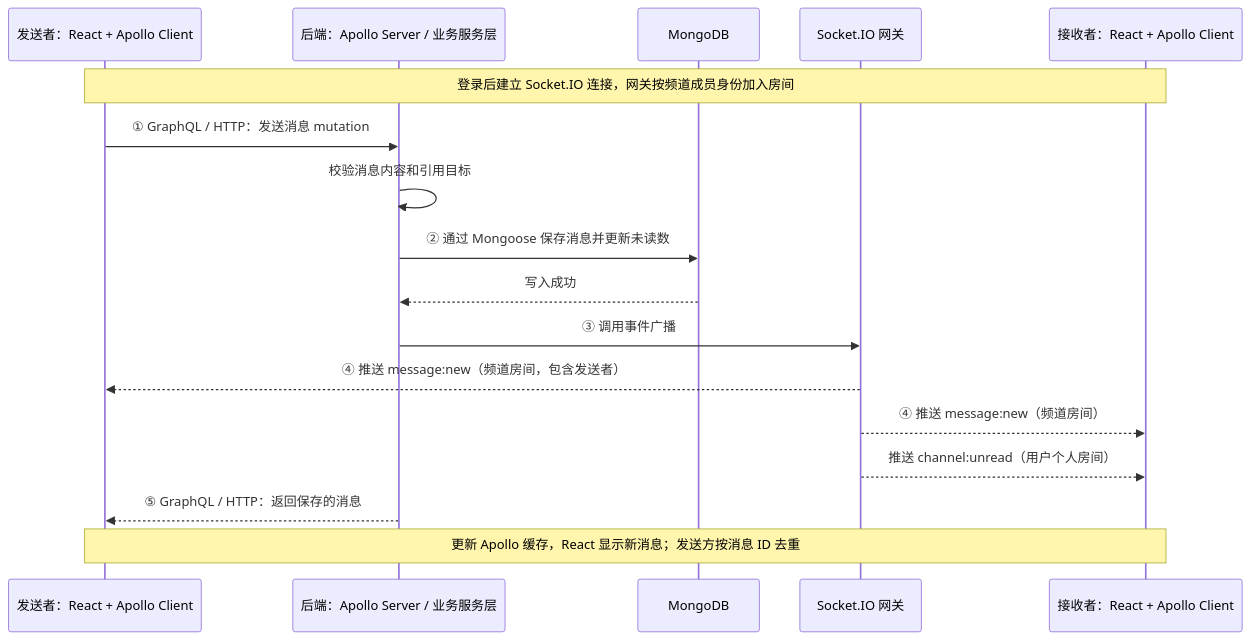
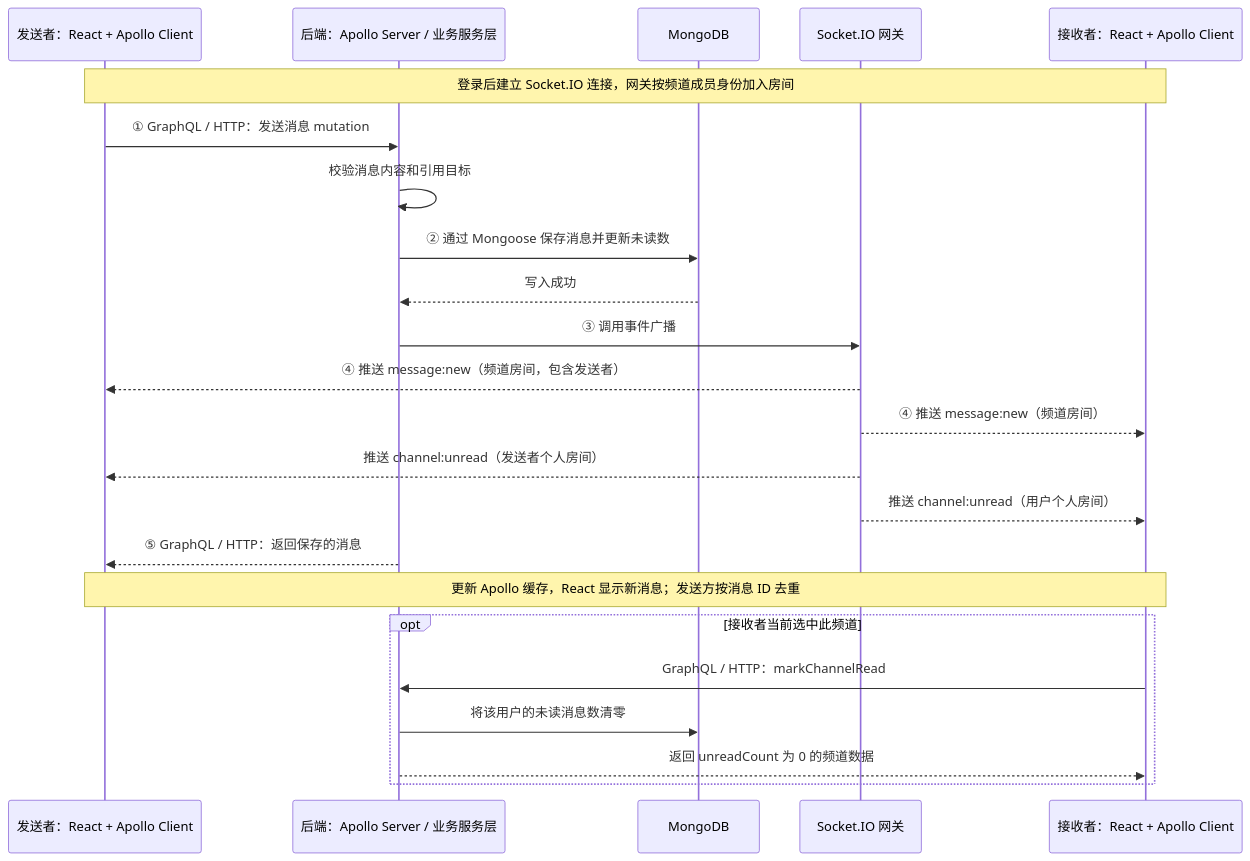
One commit to adamboots3/gradual-chat changed the diagram in README.zh-CN.md. Above: the diagram before and after it, drawn with Mermaid. The commit also changed other lines of this file and 35 other files, not shown here.

````diff
--- a/README.zh-CN.md
+++ b/README.zh-CN.md
@@ -131,19 +108,25 @@
 ```mermaid
 sequenceDiagram
   participant A as 发送者：React + Apollo Client
   participant API as 后端：Apollo Server / 业务服务层
   participant DB as MongoDB
   participant RT as Socket.IO 网关
   participant B as 接收者：React + Apollo Client
   Note over A,B: 登录后建立 Socket.IO 连接，网关按频道成员身份加入房间
   A->>API: ① GraphQL / HTTP：发送消息 mutation
   API->>API: 校验消息内容和引用目标
   API->>DB: ② 通过 Mongoose 保存消息并更新未读数
   DB-->>API: 写入成功
   API->>RT: ③ 调用事件广播
   RT-->>A: ④ 推送 message:new（频道房间，包含发送者）
   RT-->>B: ④ 推送 message:new（频道房间）
+  RT-->>A: 推送 channel:unread（发送者个人房间）
   RT-->>B: 推送 channel:unread（用户个人房间）
   API-->>A: ⑤ GraphQL / HTTP：返回保存的消息
   Note over A,B: 更新 Apollo 缓存，React 显示新消息；发送方按消息 ID 去重
+  opt 接收者当前选中此频道
+    B->>API: GraphQL / HTTP：markChannelRead
+    API->>DB: 将该用户的未读消息数清零
+    API-->>B: 返回 unreadCount 为 0 的频道数据
+  end
 ```
````
